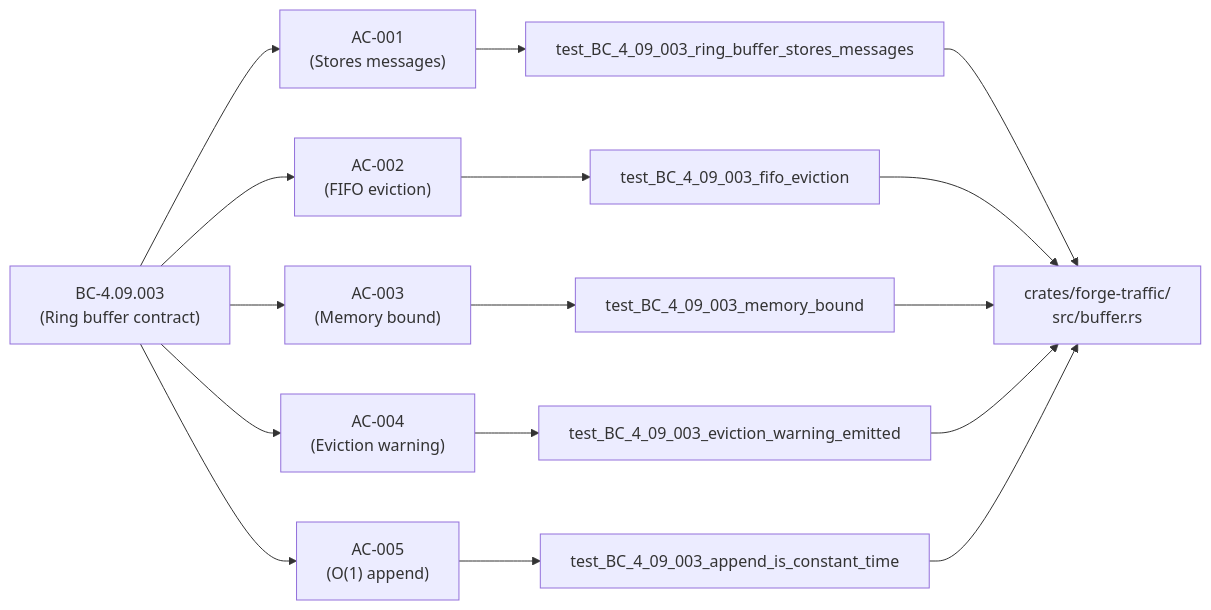
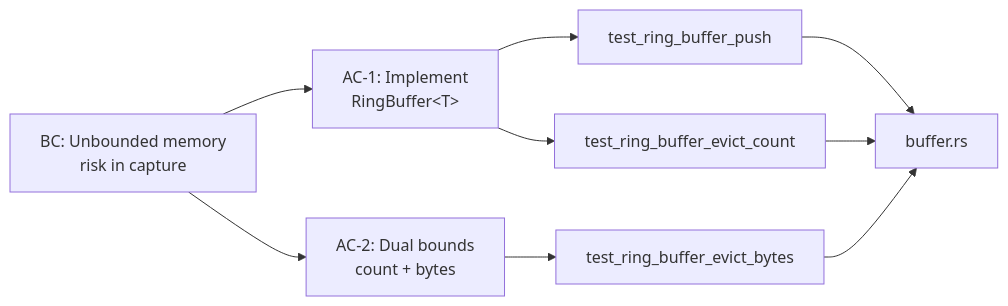
The third of 3 diagrams in code-delivery/STORY-029/pr-description.md (BOHICA-LABS/forge-mcp), drawn with Mermaid before and after one commit. The commit also changed other lines of this file and 6 other files, not shown here.

````diff
--- a/code-delivery/STORY-029/pr-description.md
+++ b/code-delivery/STORY-029/pr-description.md
@@ -90,25 +81,19 @@
 ```mermaid
 flowchart LR
-    BC["BC-4.09.003<br/>(Ring buffer contract)"]
+    BC["BC: Unbounded memory<br/>risk in capture"]
+    AC1["AC-1: Implement<br/>RingBuffer&lt;T&gt;"]
+    AC2["AC-2: Dual bounds<br/>count + bytes"]
+    T1["test_ring_buffer_push"]
+    T2["test_ring_buffer_evict_count"]
+    T3["test_ring_buffer_evict_bytes"]
+    S1["buffer.rs"]
     
-    AC1["AC-001<br/>(Stores messages)"]
-    AC2["AC-002<br/>(FIFO eviction)"]
-    AC3["AC-003<br/>(Memory bound)"]
-    AC4["AC-004<br/>(Eviction warning)"]
-    AC5["AC-005<br/>(O(1) append)"]
-    
-    T1["test_BC_4_09_003_ring_buffer_stores_messages"]
-    T2["test_BC_4_09_003_fifo_eviction"]
-    T3["test_BC_4_09_003_memory_bound"]
-    T4["test_BC_4_09_003_eviction_warning_emitted"]
-    T5["test_BC_4_09_003_append_is_constant_time"]
-    
-    S["crates/forge-traffic/<br/>src/buffer.rs"]
-    
-    BC --> AC1 & AC2 & AC3 & AC4 & AC5
-    AC1 --> T1 --> S
-    AC2 --> T2 --> S
-    AC3 --> T3 --> S
-    AC4 --> T4 --> S
-    AC5 --> T5 --> S
+    BC --> AC1
+    BC --> AC2
+    AC1 --> T1
+    AC1 --> T2
+    AC2 --> T3
+    T1 --> S1
+    T2 --> S1
+    T3 --> S1
 ```
````
